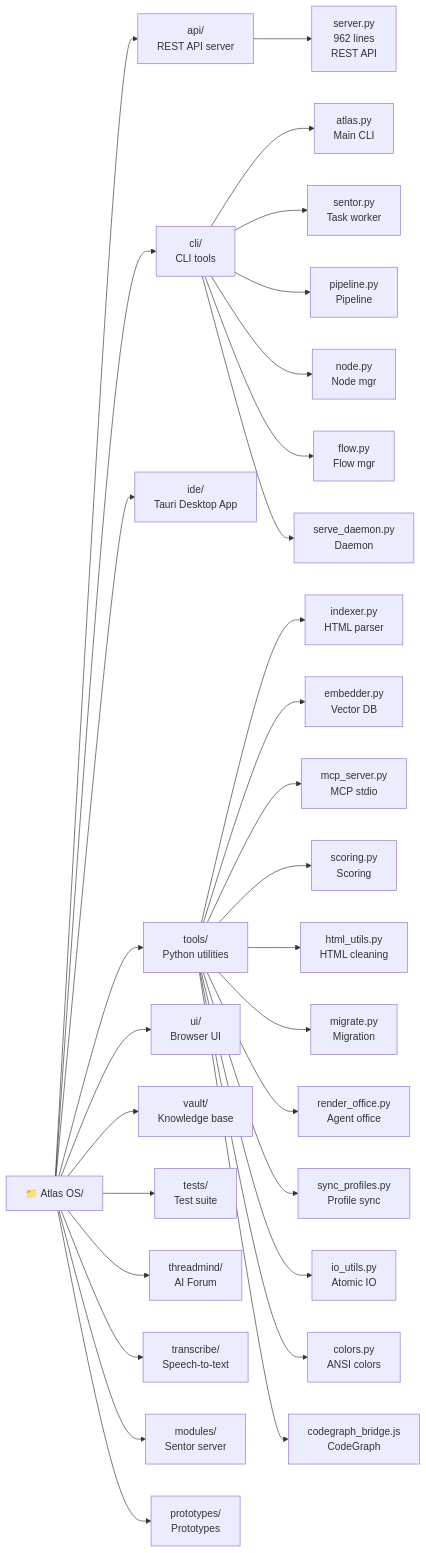
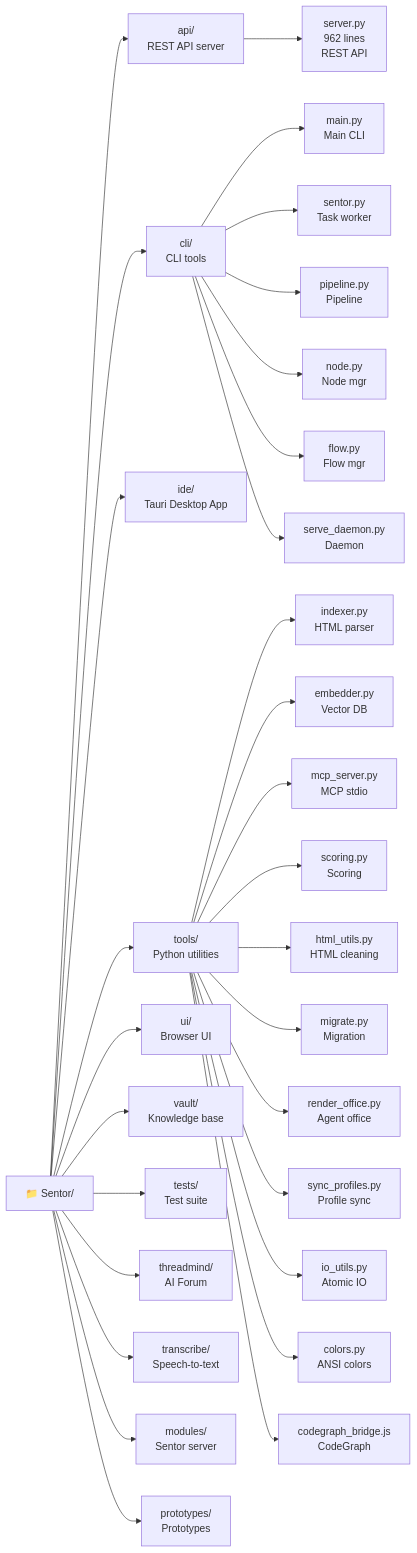
Before and after one commit to Ozgurooozer/Sentor: the second of 5 diagrams in docs/opencode-codereview-1-en.md, drawn with Mermaid. The commit also changed other lines of this file and 386 other files, not shown here.

````diff
--- a/docs/opencode-codereview-1-en.md
+++ b/docs/opencode-codereview-1-en.md
@@ -78,34 +78,34 @@
 ```mermaid
 graph LR
-    ROOT["📁 Atlas OS/"] --> API["api/<br/>REST API server"]
+    ROOT["📁 Sentor/"] --> API["api/<br/>REST API server"]
     ROOT --> CLI["cli/<br/>CLI tools"]
     ROOT --> IDE["ide/<br/>Tauri Desktop App"]
     ROOT --> TOOLS["tools/<br/>Python utilities"]
     ROOT --> UI["ui/<br/>Browser UI"]
     ROOT --> VAULT["vault/<br/>Knowledge base"]
     ROOT --> TESTS["tests/<br/>Test suite"]
     ROOT --> THREAD["threadmind/<br/>AI Forum"]
     ROOT --> TRANS["transcribe/<br/>Speech-to-text"]
     ROOT --> MODULES["modules/<br/>Sentor server"]
     ROOT --> PROTOS["prototypes/<br/>Prototypes"]
 
     API --> API_F["server.py<br/>962 lines<br/>REST API"]
-    CLI --> CLI_F1["atlas.py<br/>Main CLI"]
+    CLI --> CLI_F1["main.py<br/>Main CLI"]
     CLI --> CLI_F2["sentor.py<br/>Task worker"]
     CLI --> CLI_F3["pipeline.py<br/>Pipeline"]
     CLI --> CLI_F4["node.py<br/>Node mgr"]
     CLI --> CLI_F5["flow.py<br/>Flow mgr"]
     CLI --> CLI_F6["serve_daemon.py<br/>Daemon"]
 
     TOOLS --> T1["indexer.py<br/>HTML parser"]
     TOOLS --> T2["embedder.py<br/>Vector DB"]
     TOOLS --> T3["mcp_server.py<br/>MCP stdio"]
     TOOLS --> T4["scoring.py<br/>Scoring"]
     TOOLS --> T5["html_utils.py<br/>HTML cleaning"]
     TOOLS --> T6["migrate.py<br/>Migration"]
     TOOLS --> T7["render_office.py<br/>Agent office"]
     TOOLS --> T8["sync_profiles.py<br/>Profile sync"]
     TOOLS --> T9["io_utils.py<br/>Atomic IO"]
     TOOLS --> T10["colors.py<br/>ANSI colors"]
     TOOLS --> T11["codegraph_bridge.js<br/>CodeGraph"]
 ```
````
